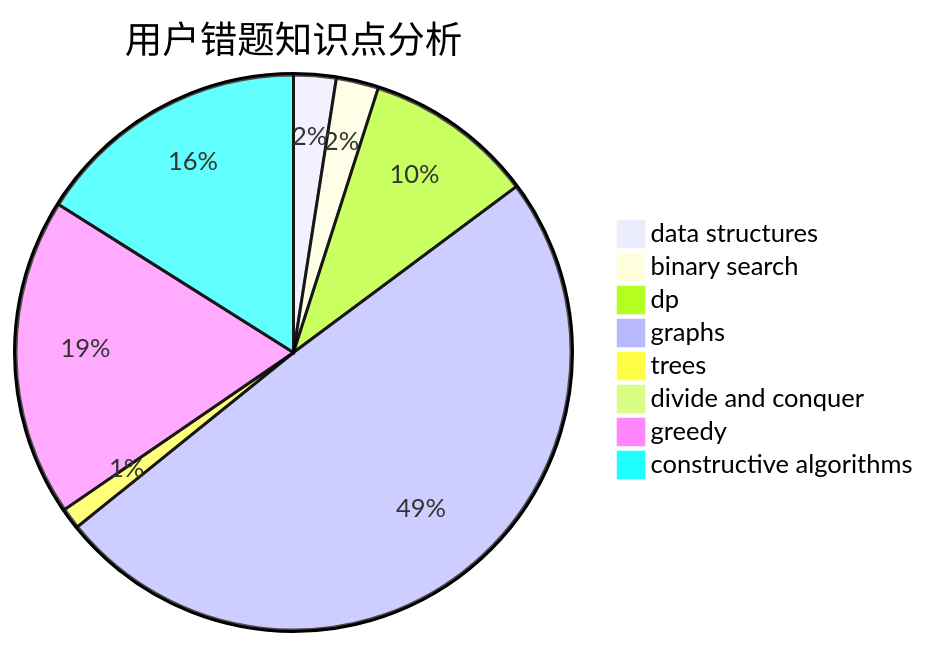
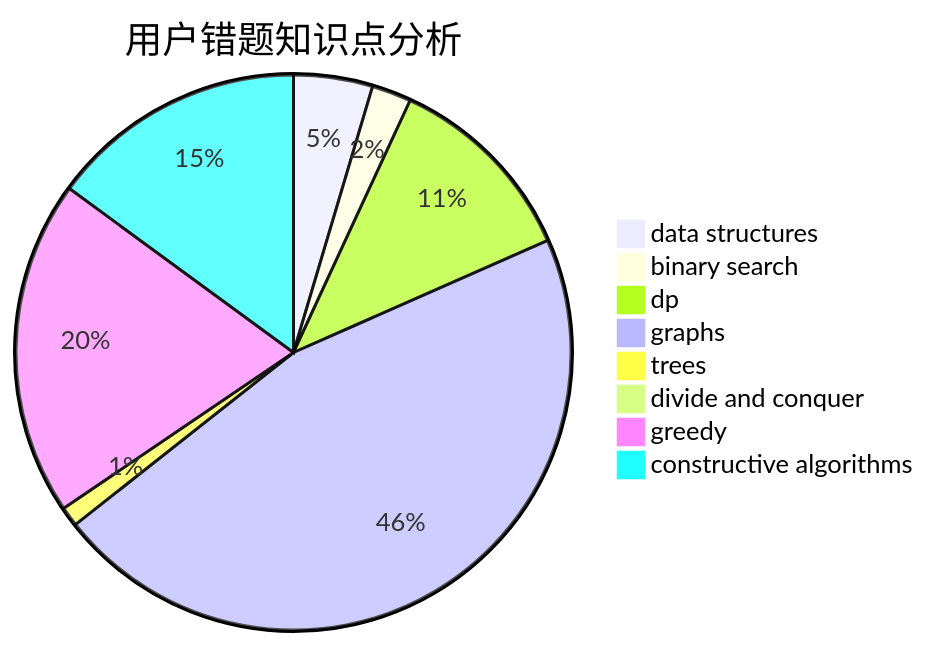
Before and after one commit to sherpahu/cfrs.github.io: the third of 3 diagrams in docs/user/u1154.md, drawn with Mermaid. The commit also changed other lines of this file and 2770 other files, not shown here.

````diff
--- a/docs/user/u1154.md
+++ b/docs/user/u1154.md
@@ -36,11 +36,11 @@
 ```mermaid
 pie title 用户错题知识点分析
-    "data structures" :  2
+    "data structures" :  4
     "binary search" :  2
-    "dp" :  8
+    "dp" :  10
     "graphs" :  40
     "trees" :  1
     "divide and conquer" :  0
-    "greedy" :  15
+    "greedy" :  17
     "constructive algorithms" :  13
 ```
````
